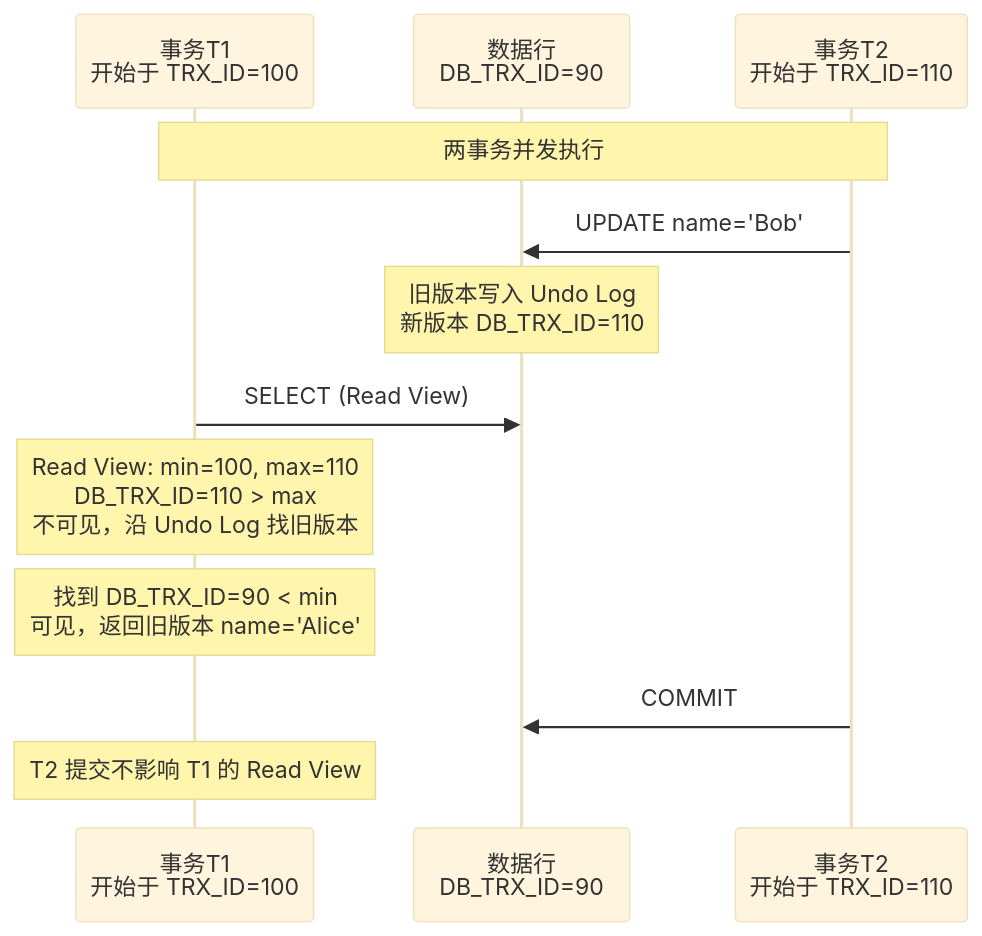
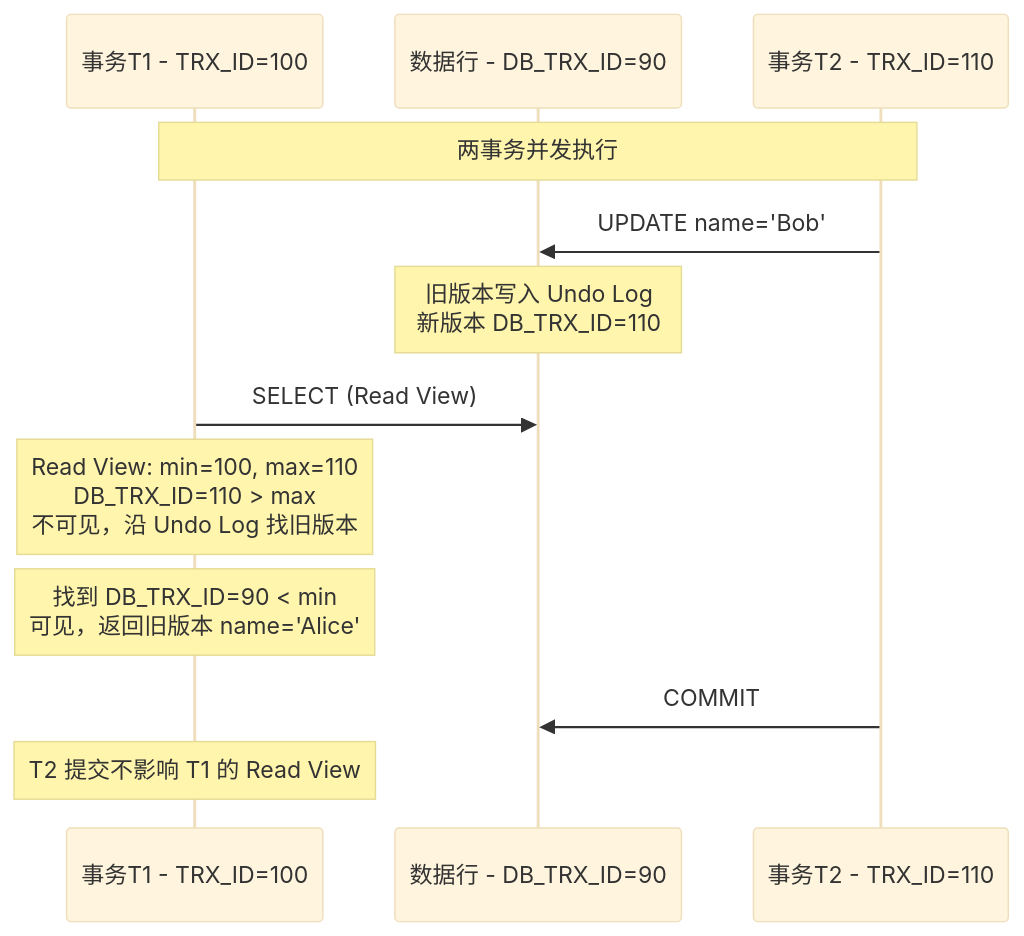
Before and after one commit to ZhouXunYou/zhouxunyou.github.io: the second of 3 diagrams in _projects/backend-database.md, drawn with Mermaid (base theme). The commit also changed 20 other files, not shown here.

First line of the commit message:
fix: 修复所有 Mermaid 图表语法兼容性问题

````diff
--- a/_projects/backend-database.md
+++ b/_projects/backend-database.md
@@ -78,18 +78,18 @@
 ```mermaid
 sequenceDiagram
-    participant T1 as 事务T1<br/>开始于 TRX_ID=100
-    participant DB as 数据行<br/>DB_TRX_ID=90
-    participant T2 as 事务T2<br/>开始于 TRX_ID=110
+    participant T1 as 事务T1 - TRX_ID=100
+    participant DB as 数据行 - DB_TRX_ID=90
+    participant T2 as 事务T2 - TRX_ID=110
 
     Note over T1,T2: 两事务并发执行
 
     T2->>DB: UPDATE name='Bob'
     Note over DB: 旧版本写入 Undo Log<br/>新版本 DB_TRX_ID=110
 
     T1->>DB: SELECT (Read View)
     Note over T1: Read View: min=100, max=110<br/>DB_TRX_ID=110 > max<br/>不可见，沿 Undo Log 找旧版本
     Note over T1: 找到 DB_TRX_ID=90 < min<br/>可见，返回旧版本 name='Alice'
 
     T2->>DB: COMMIT
     Note over T1: T2 提交不影响 T1 的 Read View
 ```
````
